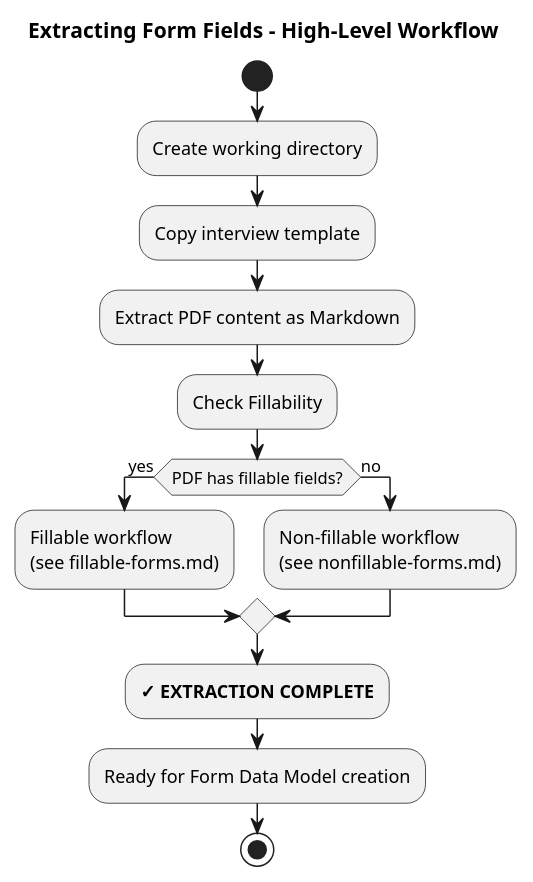
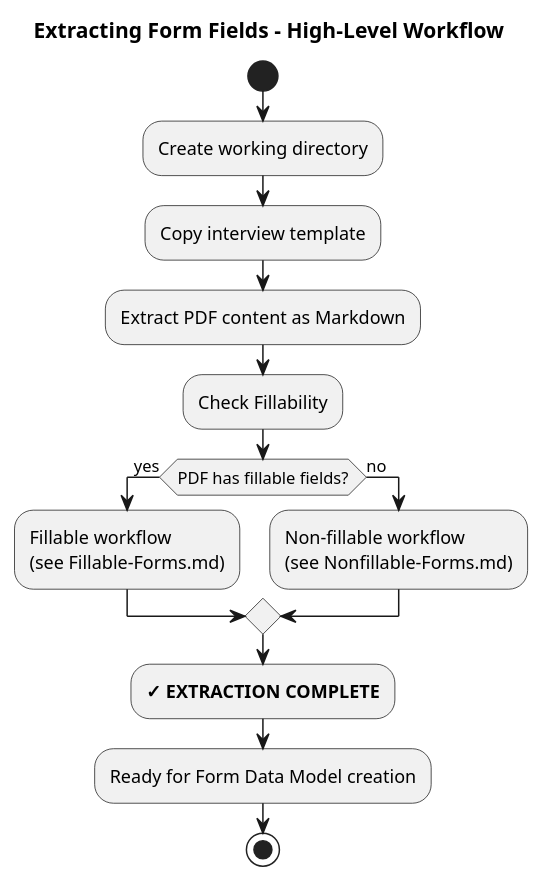
One commit to jhs/Chatfield changed the diagram in Claude/filling-pdf-forms/skills/extracting-form-fields/SKILL.md. Above: the diagram before and after it, drawn with PlantUML. The commit also changed other lines of this file and 11 other files, not shown here.

````diff
--- a/Claude/filling-pdf-forms/skills/extracting-form-fields/SKILL.md
+++ b/Claude/filling-pdf-forms/skills/extracting-form-fields/SKILL.md
@@ -26,20 +26,20 @@
 ```plantuml
 @startuml SKILL
 title Extracting Form Fields - High-Level Workflow
 start
 :Create working directory;
 :Copy interview template;
 :Extract PDF content as Markdown;
 :Check Fillability;
 if (PDF has fillable fields?) then (yes)
   :Fillable workflow
-  (see fillable-forms.md);
+  (see Fillable-Forms.md);
 else (no)
   :Non-fillable workflow
-  (see nonfillable-forms.md);
+  (see Nonfillable-Forms.md);
 endif
 :**✓ EXTRACTION COMPLETE**;
 :Ready for Form Data Model creation;
 stop
 @enduml
 ```
````
